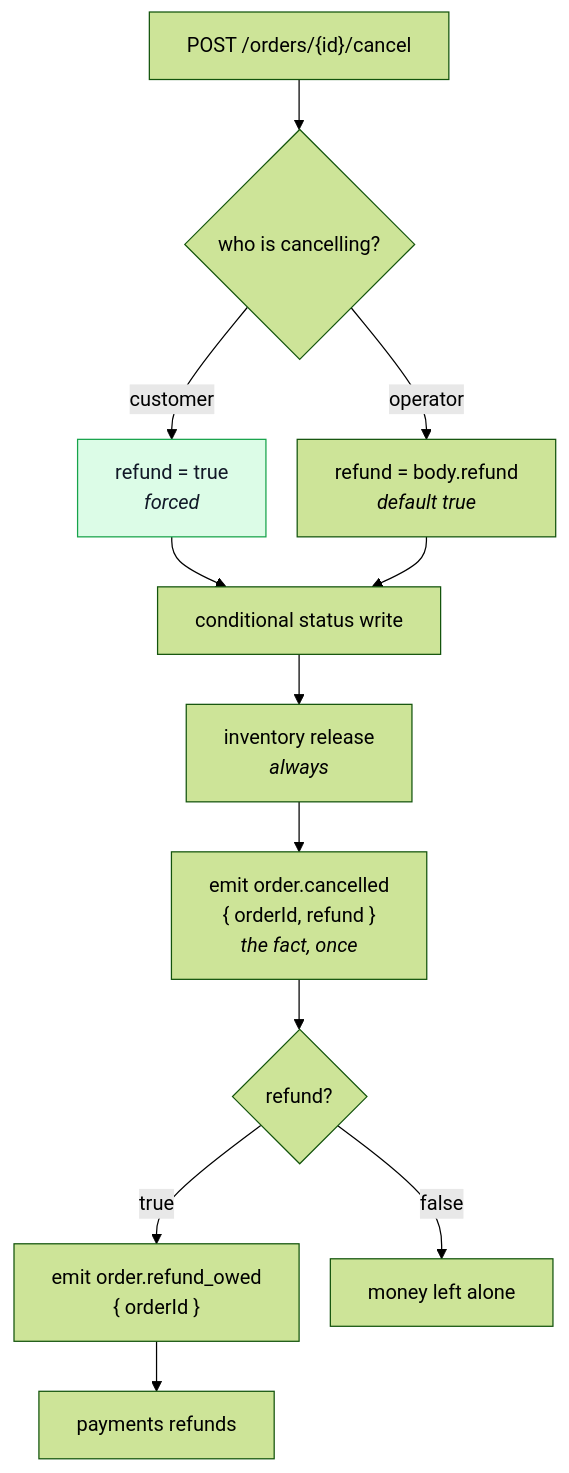
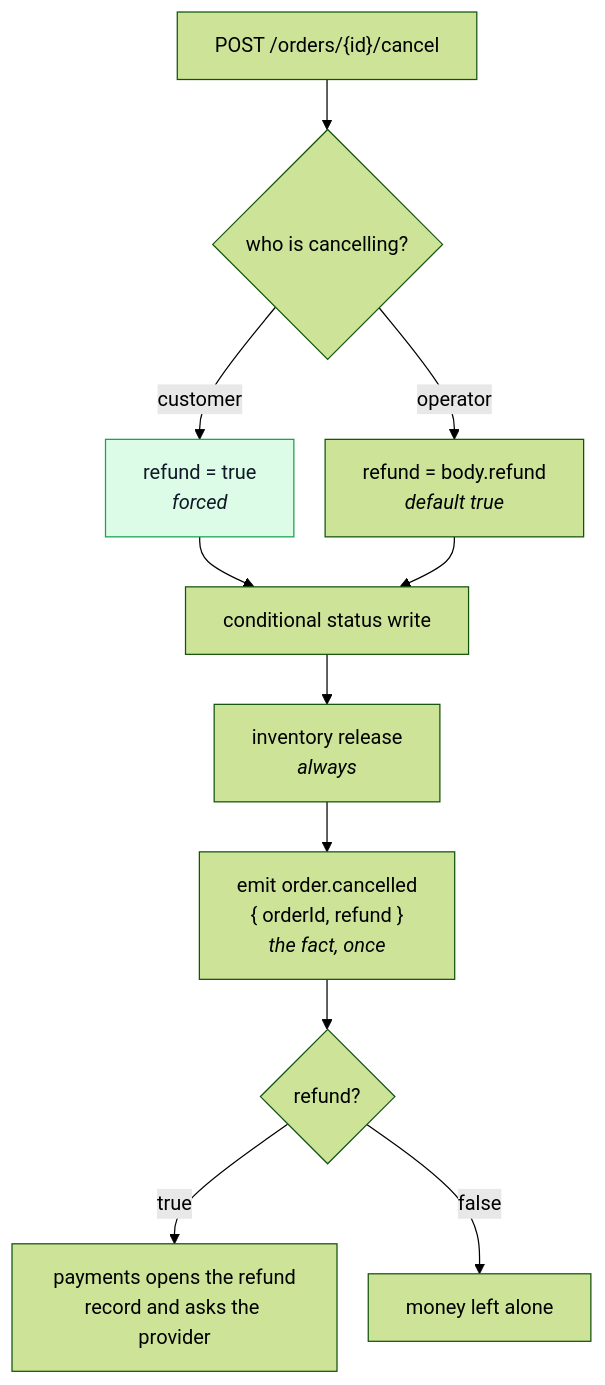
One commit to Guebbit/boilerplate-node-backend changed the sixth of 12 diagrams in docs/theory/tactical-ddd.md. Above: the diagram before and after it, drawn with Mermaid (forest theme). The commit also changed other lines of this file and 45 other files, not shown here.

````diff
--- a/docs/theory/tactical-ddd.md
+++ b/docs/theory/tactical-ddd.md
@@ -255,18 +258,17 @@
 ```mermaid
 %%{init: {'flowchart': {'nodeSpacing': 25, 'rankSpacing': 40}}}%%
 flowchart TD
     C["POST /orders/{id}/cancel"] --> S{"who is cancelling?"}
     S -->|customer| F["refund = true<br/><i>forced</i>"]
     S -->|operator| O["refund = body.refund<br/><i>default true</i>"]
     F --> W["conditional status write"]
     O --> W
     W --> R["inventory release<br/><i>always</i>"]
     R --> E["emit order.cancelled<br/>{ orderId, refund }<br/><i>the fact, once</i>"]
     E --> P{"refund?"}
-    P -->|true| M2["emit order.refund_owed<br/>{ orderId }"]
-    M2 --> M["payments refunds"]
+    P -->|true| M["payments opens the refund<br/>record and asks the provider"]
     P -->|false| N["money left alone"]
 
     classDef forced fill:#dcfce7,stroke:#16a34a,color:#111827;
     class F forced;
 ```
````
